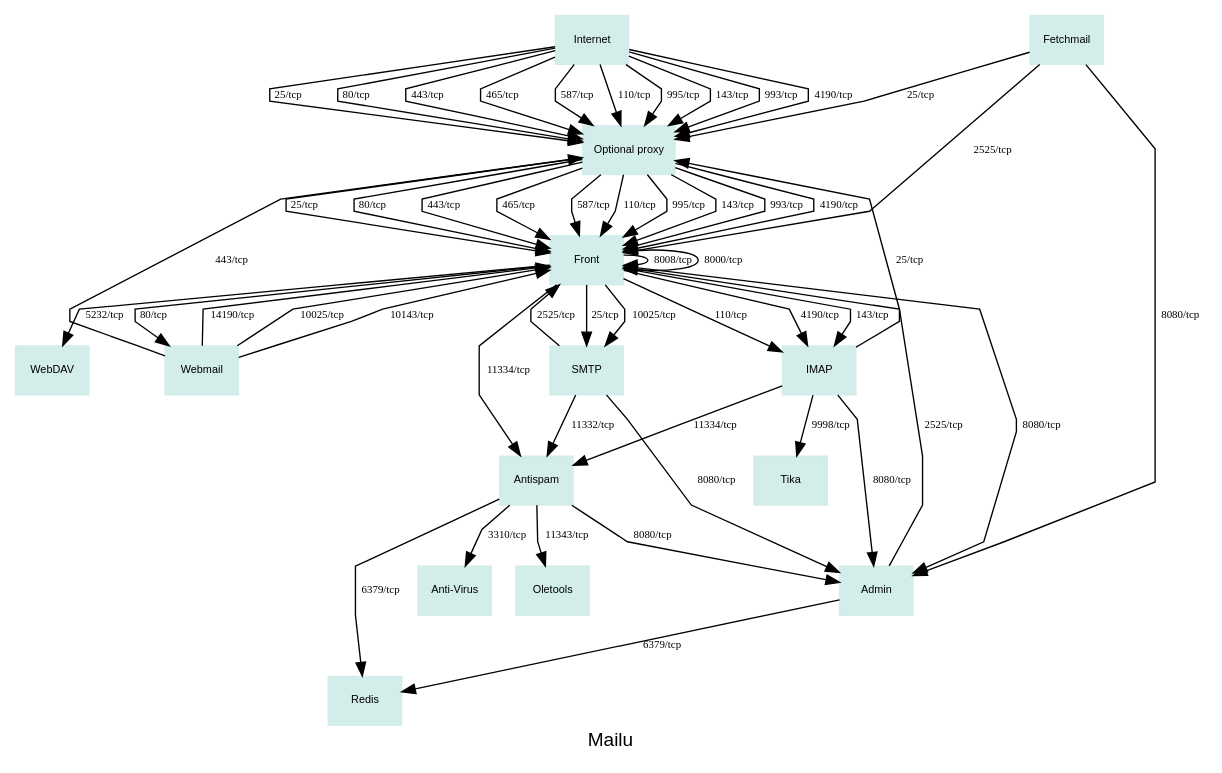
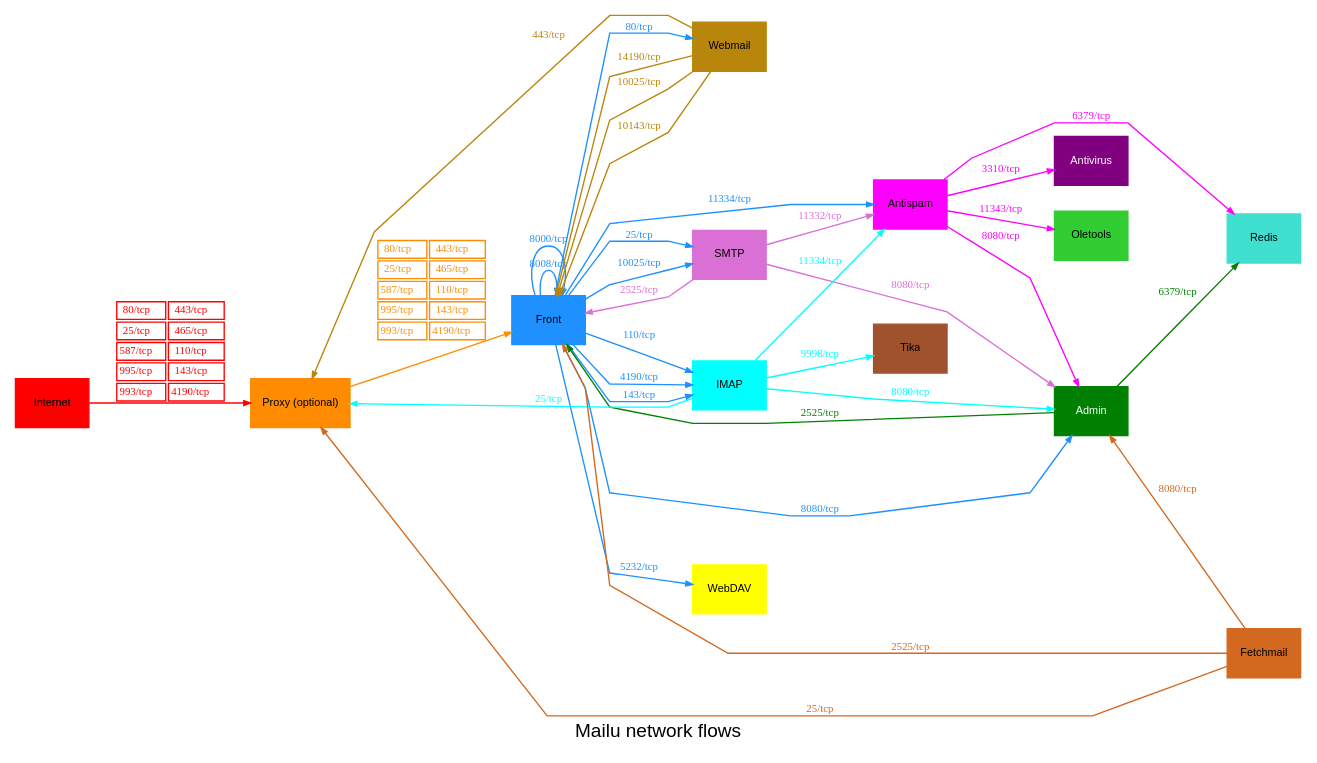
The diagram in docs/mailu-network-diagram.dot (bonitobonita24/mailserver-lgucalapanph), drawn with Graphviz before and after one commit.

Commit message:
colors from fastlorenzo

```diff
--- a/docs/mailu-network-diagram.dot
+++ b/docs/mailu-network-diagram.dot
@@ -1,92 +1,137 @@
 digraph mailu {
-    label = "Mailu";
+    label = "Mailu network flows";
     fontname = "arial";
     
-    node [shape = box; fontname = "arial"; fontsize = 8; style = filled; color = "#d3edea";];
+    node [shape = record; fontname = "arial"; fontsize = 8; style = filled; color = "#d3edea";];
     splines = "compound";
     // node [shape = "box"; fontsize = "10";];
-    edge [fontsize = "8";];
+    edge [fontsize = 8; arrowsize = 0.5;];
     
     # Components
-    internet [label = "Internet";];
-    proxy [label = "Optional proxy"; shape = "polygon"];
-    front [label = "Front";];
-    admin [label = "Admin";];
-    smtp [label = "SMTP";];
-    redis [label = "Redis";];
-    antispam [label = "Antispam";];
-    antivirus [label = "Anti-Virus";];
-    imap [label = "IMAP";];
-    webdav [label = "WebDAV";];
-    webmail [label = "Webmail";];
-    fetchmail [label = "Fetchmail";];
-    oletools [label = "Oletools"];
-    fts_attachments [label = "Tika"];
-    # proxy from internet
-    internet -> proxy [label = "25/tcp";];
-    internet -> proxy [label = "80/tcp";];
-    internet -> proxy [label = "443/tcp";];
-    internet -> proxy [label = "465/tcp";];
-    internet -> proxy [label = "587/tcp";];
-    internet -> proxy [label = "110/tcp";];
-    internet -> proxy [label = "995/tcp";];
-    internet -> proxy [label = "143/tcp";];
-    internet -> proxy [label = "993/tcp";];
-    internet -> proxy [label = "4190/tcp";];
+    internet [label = "Internet"; color = "red";];
+    proxy [label = "Proxy (optional)"; color = "darkorange";];
+    front [label="Front"; color="dodgerblue";];
+    admin [label="Admin"; color="green"; fontcolor="white";];
+    smtp [label="SMTP"; color="orchid";];
+    redis [label="Redis"; color="turquoise";];
+    antispam [label="Antispam"; color="magenta";];
+    antivirus [label="Antivirus"; color="purple"; fontcolor="white";];
+    imap [label="IMAP"; color="cyan";];
+    webdav [label="WebDAV"; color="yellow";];
+    webmail [label="Webmail"; color="darkgoldenrod";];
+    fetchmail [label="Fetchmail"; color="chocolate";];
+    oletools [label="Oletools"; color="limegreen";];
+    fts_attachments [label="Tika"; color="sienna";];
+
+    rankdir=LR;
+    {rank=min; internet};
+    // {rank=3; proxy};
+    // {rank=4; front};
+    // {rank=same; admin smtp redis antispam antivirus imap};
+    {rank=max; fetchmail};
+
+    # Proxy from internet
+
+    internet -> proxy [
+        color="red";
+        fontcolor="red";
+        label = <
+        <TABLE BORDER="0" CELLBORDER="1" CELLPADDING="1">
+            <TR>
+                <TD>80/tcp</TD>
+                <TD>443/tcp</TD>
+            </TR>
+            <TR>
+                <TD>25/tcp</TD>
+                <TD>465/tcp</TD>
+            </TR>
+            <TR>
+                <TD>587/tcp</TD>
+                <TD>110/tcp</TD>
+            </TR>
+            <TR>
+                <TD>995/tcp</TD>
+                <TD>143/tcp</TD>
+            </TR>
+            <TR>
+                <TD>993/tcp</TD>
+                <TD>4190/tcp</TD>
+            </TR>
+        </TABLE>
+        >;
+    ];
+
+    # Front from proxy
+    proxy -> front [
+        color="darkorange";
+        fontcolor="darkorange";
+        label = <
+        <TABLE BORDER="0" CELLBORDER="1" CELLPADDING="1">
+            <TR>
+                <TD>80/tcp</TD>
+                <TD>443/tcp</TD>
+            </TR>
+            <TR>
+                <TD>25/tcp</TD>
+                <TD>465/tcp</TD>
+            </TR>
+            <TR>
+                <TD>587/tcp</TD>
+                <TD>110/tcp</TD>
+            </TR>
+            <TR>
+                <TD>995/tcp</TD>
+                <TD>143/tcp</TD>
+            </TR>
+            <TR>
+                <TD>993/tcp</TD>
+                <TD>4190/tcp</TD>
+            </TR>
+        </TABLE>
+        >;
+    ];
     
-    # Front from proxy
-    proxy -> front [label = "25/tcp";];
-    proxy -> front [label = "80/tcp";];
-    proxy -> front [label = "443/tcp";];
-    proxy -> front [label = "465/tcp";];
-    proxy -> front [label = "587/tcp";];
-    proxy -> front [label = "110/tcp";];
-    proxy -> front [label = "995/tcp";];
-    proxy -> front [label = "143/tcp";];
-    proxy -> front [label = "993/tcp";];
-    proxy -> front [label = "4190/tcp";];
+    front -> front [label = "8008/tcp"; color="dodgerblue"; fontcolor="dodgerblue";];
+    front -> front [label = "8000/tcp"; color="dodgerblue"; fontcolor="dodgerblue";];
+    front -> admin [label = "8080/tcp"; color="dodgerblue"; fontcolor="dodgerblue";];
+    front -> imap [label = "4190/tcp"; color="dodgerblue"; fontcolor="dodgerblue";];
+    front -> imap [label = "143/tcp"; color="dodgerblue"; fontcolor="dodgerblue";];
+    front -> imap [label = "110/tcp"; color="dodgerblue"; fontcolor="dodgerblue";];
+    front -> smtp [label = "25/tcp"; color="dodgerblue"; fontcolor="dodgerblue";];
+    front -> smtp [label = "10025/tcp"; color="dodgerblue"; fontcolor="dodgerblue";];
+    front -> webmail [label = "80/tcp"; color="dodgerblue"; fontcolor="dodgerblue";];
+    front -> antispam [label = "11334/tcp"; color="dodgerblue"; fontcolor="dodgerblue";];
+    front -> webdav [label = "5232/tcp"; color="dodgerblue"; fontcolor="dodgerblue";];
     
-    front -> front [label = "8008/tcp";];
-    front -> front [label = "8000/tcp";];
-    front -> admin [label = "8080/tcp";];
-    front -> imap [label = "4190/tcp";];
-    front -> imap [label = "143/tcp";];
-    front -> imap [label = "110/tcp";];
-    front -> smtp [label = "25/tcp";];
-    front -> smtp [label = "10025/tcp";];
-    front -> webmail [label = "80/tcp";];
-    front -> antispam [label = "11334/tcp";];
-    front -> webdav [label = "5232/tcp";];
+    smtp -> admin [label = "8080/tcp"; color="orchid"; fontcolor="orchid";];
+    smtp -> front [label = "2525/tcp"; color="orchid"; fontcolor="orchid";];
+    smtp -> antispam [label = "11332/tcp"; color="orchid"; fontcolor="orchid";];
     
-    smtp -> admin [label = "8080/tcp";];
-    smtp -> front [label = "2525/tcp";];
-    smtp -> antispam [label = "11332/tcp";];
+    imap -> admin [label = "8080/tcp"; color="cyan"; fontcolor="cyan";];
+    imap -> antispam [label = "11334/tcp"; color="cyan"; fontcolor="cyan";];
+    imap -> proxy [label = "25/tcp"; color="cyan"; fontcolor="cyan";];
+    imap -> fts_attachments [label = "9998/tcp"; color="cyan"; fontcolor="cyan";];
     
-    imap -> admin [label = "8080/tcp";];
-    imap -> antispam [label = "11334/tcp";];
-    imap -> proxy [label = "25/tcp";];
-    imap -> fts_attachments [label = "9998/tcp";];
+    webmail -> front [label = "14190/tcp"; color="darkgoldenrod"; fontcolor="darkgoldenrod";];
+    webmail -> front [label = "10025/tcp"; color="darkgoldenrod"; fontcolor="darkgoldenrod";];
+    webmail -> front [label = "10143/tcp"; color="darkgoldenrod"; fontcolor="darkgoldenrod";];
+    # carddav
+    webmail -> proxy [label = "443/tcp"; color="darkgoldenrod"; fontcolor="darkgoldenrod";];
     
-    webmail -> front [label = "14190/tcp";];
-    webmail -> front [label = "10025/tcp";];
-    webmail -> front [label = "10143/tcp";];
-    # carddav
-    webmail -> proxy [label = "443/tcp";];
+    admin -> redis [label = "6379/tcp"; color="green"; fontcolor="green";];
+    admin -> front [label = "2525/tcp"; color="green"; fontcolor="green";];
     
-    admin -> redis [label = "6379/tcp";];
-    admin -> front [label = "2525/tcp";];
+    antispam -> redis [label = "6379/tcp"; color="magenta"; fontcolor="magenta";];
+    antispam -> admin [label = "8080/tcp"; color="magenta"; fontcolor="magenta";];
+    antispam -> oletools [label = "11343/tcp"; color="magenta"; fontcolor="magenta";];
+    antispam -> antivirus [label = "3310/tcp"; color="magenta"; fontcolor="magenta";];
     
-    antispam -> redis [label = "6379/tcp";];
-    antispam -> admin [label = "8080/tcp";];
-    antispam -> oletools [label = "11343/tcp";];
-    antispam -> antivirus [label = "3310/tcp";];
-    
-    fetchmail -> admin [label = "8080/tcp"]
-    fetchmail -> proxy [label = "25/tcp"]
-    fetchmail -> front [label = "2525/tcp"]
+    fetchmail -> admin [label = "8080/tcp"; color="chocolate"; fontcolor="chocolate";];
+    fetchmail -> proxy [label = "25/tcp"; color="chocolate"; fontcolor="chocolate";];
+    fetchmail -> front [label = "2525/tcp"; color="chocolate"; fontcolor="chocolate";];
     #
     # those don't need internet:
     # oletools
     # fts_attachments
     # redis
 }
```
